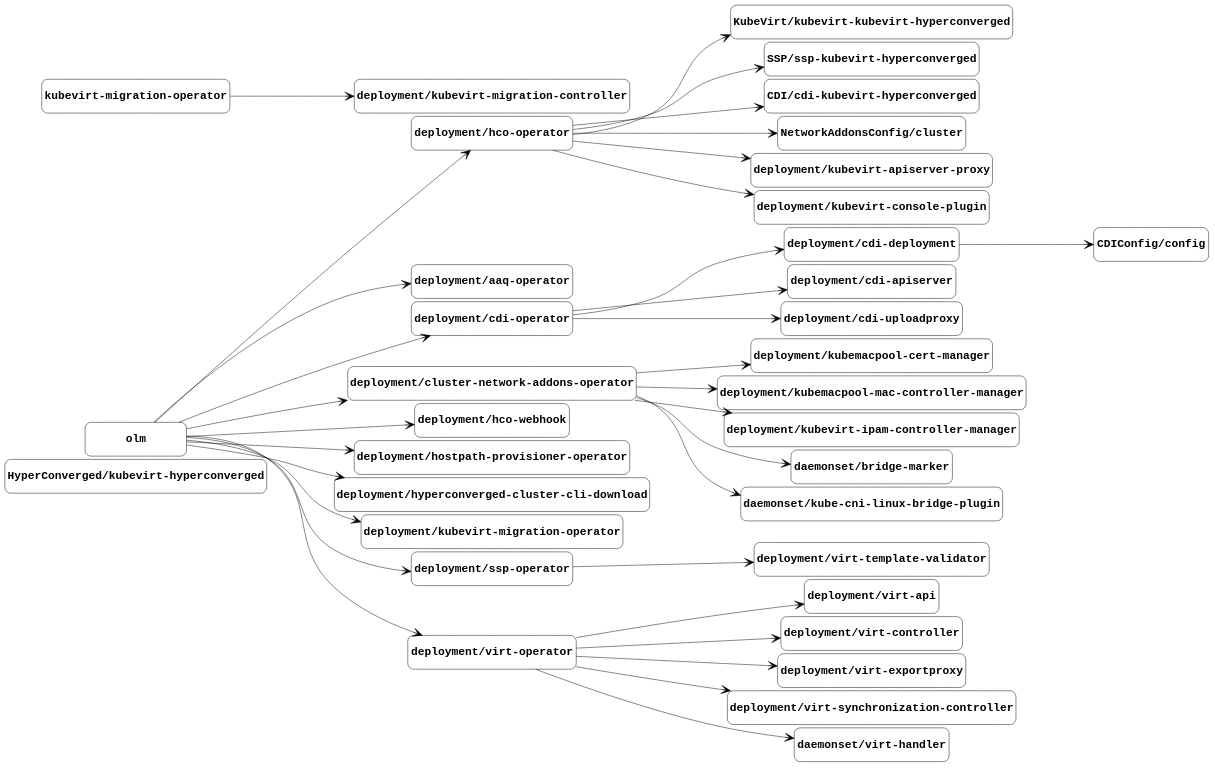
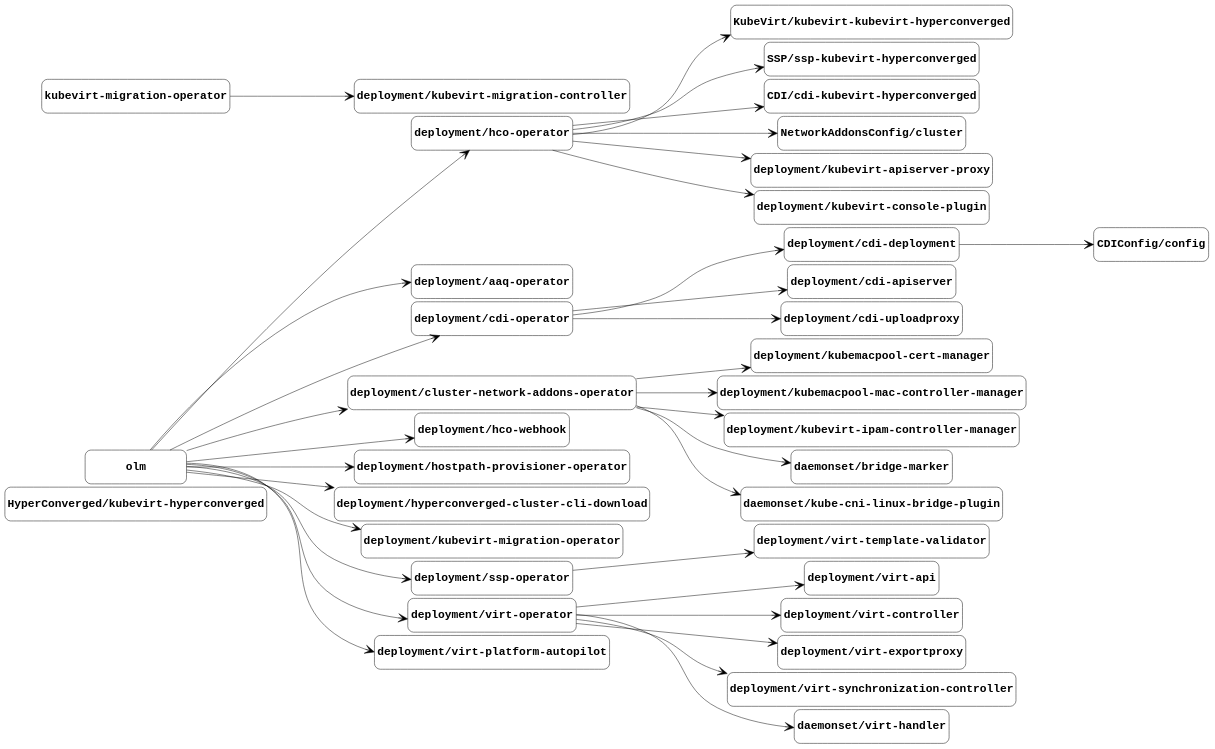
One commit to kubevirt/hyperconverged-cluster-operator changed the diagram in docs/managed-by.gv. Above: the diagram before and after it, drawn with Graphviz. The commit also changed 3 other files, not shown here.

Commit message:
Update component graphs from the nightly job (#4087)

```diff
--- a/docs/managed-by.gv
+++ b/docs/managed-by.gv
@@ -1,102 +1,105 @@
 digraph "managed-by" {
 	graph [center=true margin=0.2 nodesep=0.1 rankdir=LR ranksep=2]
 	node [fontname="Courier-Bold" fontsize=24 height=1 shape=box style=rounded width=3]
 	edge [arrowhead=vee arrowsize=2]
 	"HyperConverged/kubevirt-hyperconverged" [label="HyperConverged/kubevirt-hyperconverged"]
 	"KubeVirt/kubevirt-kubevirt-hyperconverged" [label="KubeVirt/kubevirt-kubevirt-hyperconverged"]
 	"deployment/hco-operator" [label="deployment/hco-operator"]
 	"deployment/hco-operator" -> "KubeVirt/kubevirt-kubevirt-hyperconverged"
 	"SSP/ssp-kubevirt-hyperconverged" [label="SSP/ssp-kubevirt-hyperconverged"]
 	"deployment/hco-operator" [label="deployment/hco-operator"]
 	"deployment/hco-operator" -> "SSP/ssp-kubevirt-hyperconverged"
 	"CDI/cdi-kubevirt-hyperconverged" [label="CDI/cdi-kubevirt-hyperconverged"]
 	"deployment/hco-operator" [label="deployment/hco-operator"]
 	"deployment/hco-operator" -> "CDI/cdi-kubevirt-hyperconverged"
 	"CDIConfig/config" [label="CDIConfig/config"]
 	"deployment/cdi-deployment" [label="deployment/cdi-deployment"]
 	"deployment/cdi-deployment" -> "CDIConfig/config"
 	"NetworkAddonsConfig/cluster" [label="NetworkAddonsConfig/cluster"]
 	"deployment/hco-operator" [label="deployment/hco-operator"]
 	"deployment/hco-operator" -> "NetworkAddonsConfig/cluster"
 	"deployment/aaq-operator" [label="deployment/aaq-operator"]
 	olm [label=olm]
 	olm -> "deployment/aaq-operator"
 	"deployment/cdi-apiserver" [label="deployment/cdi-apiserver"]
 	"deployment/cdi-operator" [label="deployment/cdi-operator"]
 	"deployment/cdi-operator" -> "deployment/cdi-apiserver"
 	"deployment/cdi-deployment" [label="deployment/cdi-deployment"]
 	"deployment/cdi-operator" [label="deployment/cdi-operator"]
 	"deployment/cdi-operator" -> "deployment/cdi-deployment"
 	"deployment/cdi-operator" [label="deployment/cdi-operator"]
 	olm [label=olm]
 	olm -> "deployment/cdi-operator"
 	"deployment/cdi-uploadproxy" [label="deployment/cdi-uploadproxy"]
 	"deployment/cdi-operator" [label="deployment/cdi-operator"]
 	"deployment/cdi-operator" -> "deployment/cdi-uploadproxy"
 	"deployment/cluster-network-addons-operator" [label="deployment/cluster-network-addons-operator"]
 	olm [label=olm]
 	olm -> "deployment/cluster-network-addons-operator"
 	"deployment/hco-operator" [label="deployment/hco-operator"]
 	olm [label=olm]
 	olm -> "deployment/hco-operator"
 	"deployment/hco-webhook" [label="deployment/hco-webhook"]
 	olm [label=olm]
 	olm -> "deployment/hco-webhook"
 	"deployment/hostpath-provisioner-operator" [label="deployment/hostpath-provisioner-operator"]
 	olm [label=olm]
 	olm -> "deployment/hostpath-provisioner-operator"
 	"deployment/hyperconverged-cluster-cli-download" [label="deployment/hyperconverged-cluster-cli-download"]
 	olm [label=olm]
 	olm -> "deployment/hyperconverged-cluster-cli-download"
 	"deployment/kubemacpool-cert-manager" [label="deployment/kubemacpool-cert-manager"]
 	"deployment/cluster-network-addons-operator" [label="deployment/cluster-network-addons-operator"]
 	"deployment/cluster-network-addons-operator" -> "deployment/kubemacpool-cert-manager"
 	"deployment/kubemacpool-mac-controller-manager" [label="deployment/kubemacpool-mac-controller-manager"]
 	"deployment/cluster-network-addons-operator" [label="deployment/cluster-network-addons-operator"]
 	"deployment/cluster-network-addons-operator" -> "deployment/kubemacpool-mac-controller-manager"
 	"deployment/kubevirt-apiserver-proxy" [label="deployment/kubevirt-apiserver-proxy"]
 	"deployment/hco-operator" [label="deployment/hco-operator"]
 	"deployment/hco-operator" -> "deployment/kubevirt-apiserver-proxy"
 	"deployment/kubevirt-console-plugin" [label="deployment/kubevirt-console-plugin"]
 	"deployment/hco-operator" [label="deployment/hco-operator"]
 	"deployment/hco-operator" -> "deployment/kubevirt-console-plugin"
 	"deployment/kubevirt-ipam-controller-manager" [label="deployment/kubevirt-ipam-controller-manager"]
 	"deployment/cluster-network-addons-operator" [label="deployment/cluster-network-addons-operator"]
 	"deployment/cluster-network-addons-operator" -> "deployment/kubevirt-ipam-controller-manager"
 	"deployment/kubevirt-migration-controller" [label="deployment/kubevirt-migration-controller"]
 	"kubevirt-migration-operator" [label="kubevirt-migration-operator"]
 	"kubevirt-migration-operator" -> "deployment/kubevirt-migration-controller"
 	"deployment/kubevirt-migration-operator" [label="deployment/kubevirt-migration-operator"]
 	olm [label=olm]
 	olm -> "deployment/kubevirt-migration-operator"
 	"deployment/ssp-operator" [label="deployment/ssp-operator"]
 	olm [label=olm]
 	olm -> "deployment/ssp-operator"
 	"deployment/virt-api" [label="deployment/virt-api"]
 	"deployment/virt-operator" [label="deployment/virt-operator"]
 	"deployment/virt-operator" -> "deployment/virt-api"
 	"deployment/virt-controller" [label="deployment/virt-controller"]
 	"deployment/virt-operator" [label="deployment/virt-operator"]
 	"deployment/virt-operator" -> "deployment/virt-controller"
 	"deployment/virt-exportproxy" [label="deployment/virt-exportproxy"]
 	"deployment/virt-operator" [label="deployment/virt-operator"]
 	"deployment/virt-operator" -> "deployment/virt-exportproxy"
 	"deployment/virt-operator" [label="deployment/virt-operator"]
 	olm [label=olm]
 	olm -> "deployment/virt-operator"
+	"deployment/virt-platform-autopilot" [label="deployment/virt-platform-autopilot"]
+	olm [label=olm]
+	olm -> "deployment/virt-platform-autopilot"
 	"deployment/virt-synchronization-controller" [label="deployment/virt-synchronization-controller"]
 	"deployment/virt-operator" [label="deployment/virt-operator"]
 	"deployment/virt-operator" -> "deployment/virt-synchronization-controller"
 	"deployment/virt-template-validator" [label="deployment/virt-template-validator"]
 	"deployment/ssp-operator" [label="deployment/ssp-operator"]
 	"deployment/ssp-operator" -> "deployment/virt-template-validator"
 	"daemonset/bridge-marker" [label="daemonset/bridge-marker"]
 	"deployment/cluster-network-addons-operator" [label="deployment/cluster-network-addons-operator"]
 	"deployment/cluster-network-addons-operator" -> "daemonset/bridge-marker"
 	"daemonset/kube-cni-linux-bridge-plugin" [label="daemonset/kube-cni-linux-bridge-plugin"]
 	"deployment/cluster-network-addons-operator" [label="deployment/cluster-network-addons-operator"]
 	"deployment/cluster-network-addons-operator" -> "daemonset/kube-cni-linux-bridge-plugin"
 	"daemonset/virt-handler" [label="daemonset/virt-handler"]
 	"deployment/virt-operator" [label="deployment/virt-operator"]
 	"deployment/virt-operator" -> "daemonset/virt-handler"
 }
```
